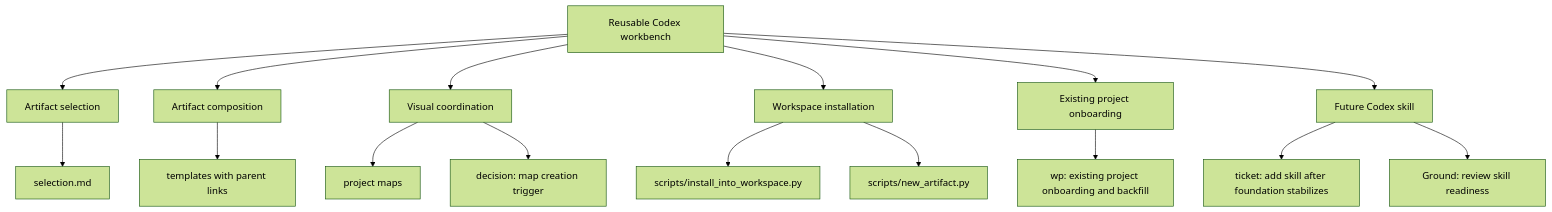
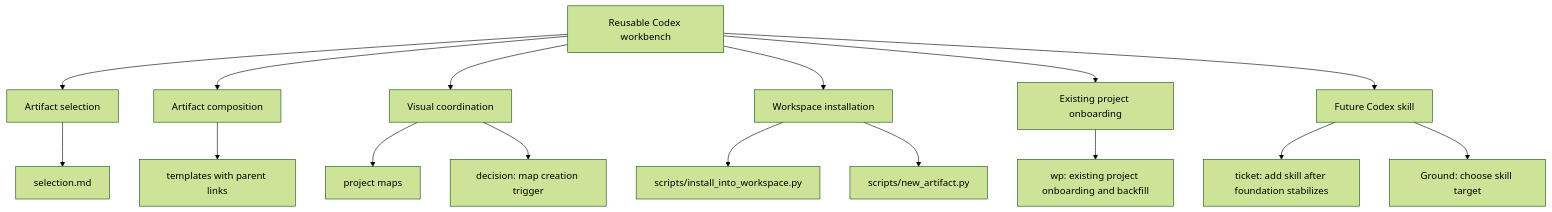
One commit to PC-Redemption/tool_shed changed the diagram in work/maps/map-tool-shed-foundation.md. Above: the diagram before and after it, drawn with Mermaid (forest theme). The commit also changed other lines of this file and 3 other files, not shown here.

Commit message:
Review Codex skill readiness

````diff
--- a/work/maps/map-tool-shed-foundation.md
+++ b/work/maps/map-tool-shed-foundation.md
@@ -14,20 +14,20 @@
 ```mermaid
 flowchart TD
   A[Reusable Codex workbench] --> B[Artifact selection]
   A --> C[Artifact composition]
   A --> D[Visual coordination]
   A --> E[Workspace installation]
   A --> F[Existing project onboarding]
   A --> G[Future Codex skill]
 
   B --> H[selection.md]
   C --> I[templates with parent links]
   D --> J[project maps]
   D --> K[decision: map creation trigger]
   E --> L[scripts/install_into_workspace.py]
   E --> M[scripts/new_artifact.py]
   F --> N[wp: existing project onboarding and backfill]
   G --> O[ticket: add skill after foundation stabilizes]
 
-  G --> P[Ground: review skill readiness]
+  G --> P[Ground: choose skill target]
 ```
````
